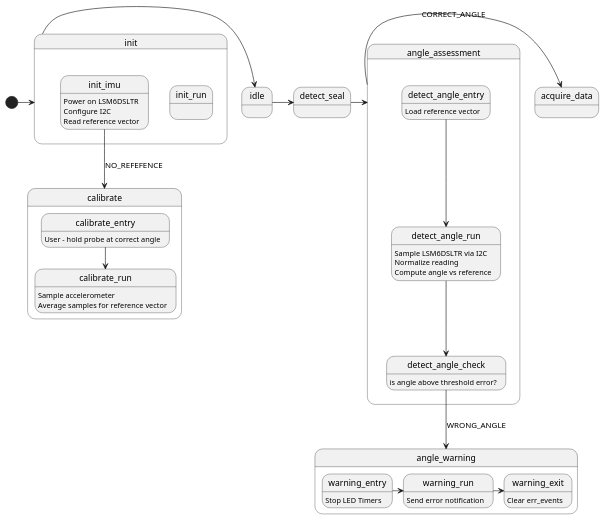
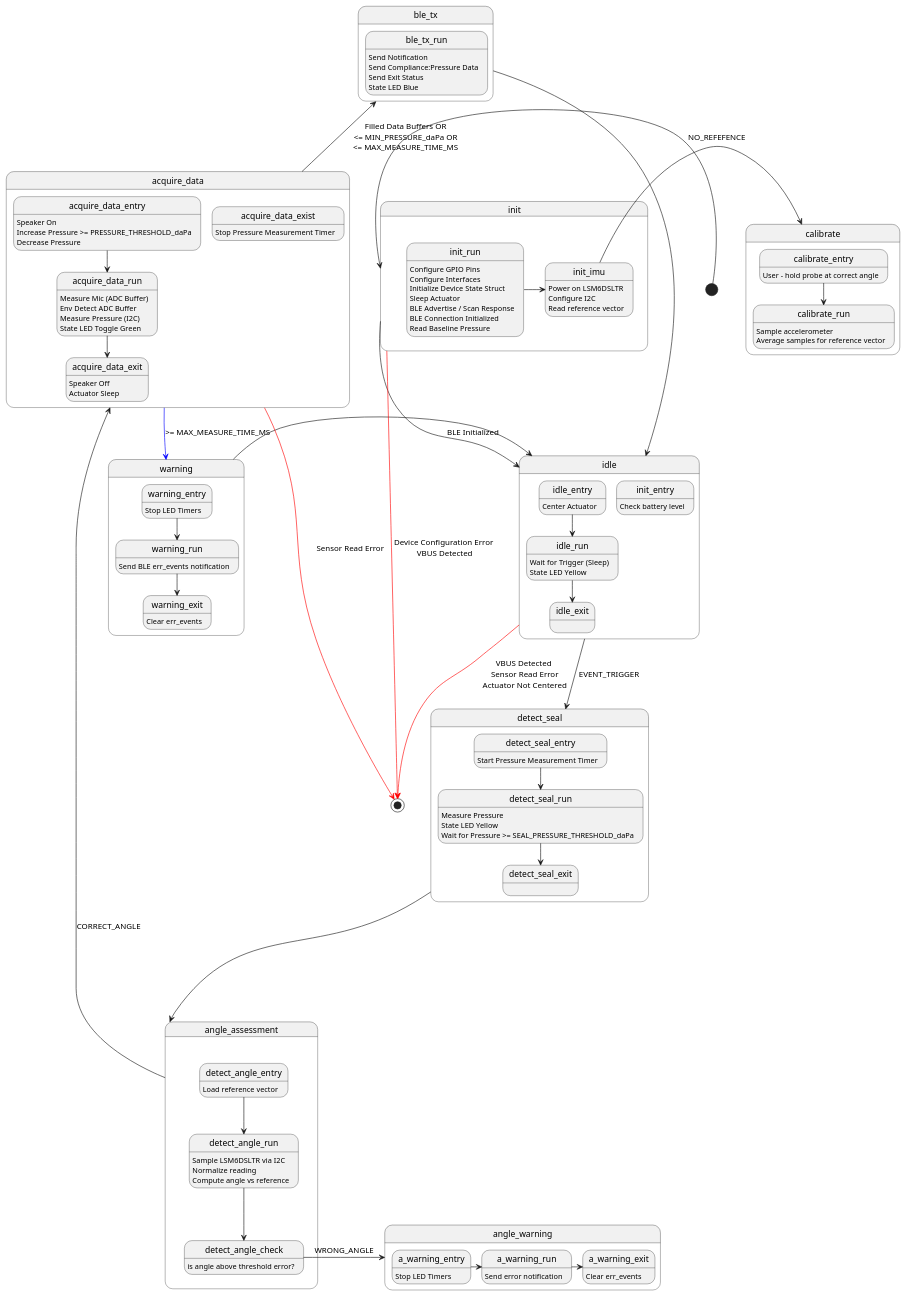
One commit to nikailieva335-sudo/tymp-tip-occlusion changed the diagram in lsm6dsl_diagram.puml. Above: the diagram before and after it, drawn with PlantUML.

Commit message:
Attempted to implement the entire tympUML with new sensor into diagram

```diff
--- a/lsm6dsl_diagram.puml
+++ b/lsm6dsl_diagram.puml
@@ -1,65 +1,124 @@
 @startuml
 
-[*] -> init
+[*] -left-> init
 
 state init {
-    init_run :
+    init_run : Configure GPIO Pins
+    init_run : Configure Interfaces
+    init_run : Initialize Device State Struct
+    init_run : Sleep Actuator
+    init_run : BLE Advertise / Scan Response
+    init_run : BLE Connection Initialized
+    init_run : Read Baseline Pressure
 
+    init_run -> init_imu
     init_imu: Power on LSM6DSLTR
     init_imu: Configure I2C
     init_imu: Read reference vector
 
 
 }
 
 state calibrate {
     calibrate_entry: User - hold probe at correct angle
     calibrate_entry -d-> calibrate_run
     calibrate_run: Sample accelerometer
     calibrate_run: Average samples for reference vector
 }
 
 state idle {
+    idle_entry : Center Actuator
+    init_entry : Check battery level
+    idle_entry -down-> idle_run
+    idle_run : Wait for Trigger (Sleep)
+    idle_run : State LED Yellow
+    idle_run -down-> idle_exit
 
 }
 
 state detect_seal {
+    detect_seal_entry -down-> detect_seal_run
+    detect_seal_entry : Start Pressure Measurement Timer
+    detect_seal_run : Measure Pressure
+    detect_seal_run : State LED Yellow
+    detect_seal_run : Wait for Pressure >= SEAL_PRESSURE_THRESHOLD_daPa
+    detect_seal_run -down-> detect_seal_exit
 
 }
 
 state angle_assessment {
     detect_angle_entry -down-> detect_angle_run
     detect_angle_entry: Load reference vector
     detect_angle_run: Sample LSM6DSLTR via I2C
     detect_angle_run: Normalize reading
     detect_angle_run -down-> detect_angle_check
     detect_angle_run: Compute angle vs reference
     detect_angle_check: is angle above threshold error?
 
 }
 
+state acquire_data {
+    acquire_data_entry -down-> acquire_data_run
+    acquire_data_entry : Speaker On
+    acquire_data_entry : Increase Pressure >= PRESSURE_THRESHOLD_daPa
+    acquire_data_entry : Decrease Pressure
+    acquire_data_run : Measure Mic (ADC Buffer)
+    acquire_data_run: Env Detect ADC Buffer
+    acquire_data_run : Measure Pressure (I2C)
+    acquire_data_run : State LED Toggle Green
+    acquire_data_run -down-> acquire_data_exit
+    acquire_data_exist : Stop Pressure Measurement Timer
+    acquire_data_exit : Speaker Off
+    acquire_data_exit : Actuator Sleep
+
+}
 state angle_warning {
-    warning_entry : Stop LED Timers
-    warning_entry -> warning_run
-    warning_run : Send error notification
-    warning_run -> warning_exit
-    warning_exit : Clear err_events
+    a_warning_entry : Stop LED Timers
+    a_warning_entry -> a_warning_run
+    a_warning_run : Send error notification
+    a_warning_run -> a_warning_exit
+    a_warning_exit : Clear err_events
 }
 
+state ble_tx {
+    ble_tx_run : Send Notification
+    ble_tx_run : Send Compliance:Pressure Data
+    ble_tx_run : Send Exit Status
+    ble_tx_run : State LED Blue
+}
 
-init -> idle
-idle -> detect_seal
-init_imu--> calibrate : NO_REFEFENCE
-detect_angle_check -down-> angle_warning : WRONG_ANGLE
-detect_seal -> angle_assessment
-angle_assessment -> acquire_data : CORRECT_ANGLE
+state warning {
+    warning_entry : Stop LED Timers
+    warning_entry -down-> warning_run
+    warning_run : Send BLE err_events notification
+    warning_run -down-> warning_exit
+    warning_exit : Clear err_events
+
+}
+
+init -down-> idle : BLE Initialized
+
+idle -down-> detect_seal : EVENT_TRIGGER
+init_imu -right-> calibrate : NO_REFEFENCE
+detect_angle_check -right-> angle_warning : WRONG_ANGLE
+detect_seal -down---> angle_assessment
+angle_assessment -left-> acquire_data : CORRECT_ANGLE
+
+warning -right-> idle
+idle -[#red]-> [*] : VBUS Detected\n Sensor Read Error\n Actuator Not Centered
+init -[#red]-> [*]: Device Configuration Error\n VBUS Detected
+acquire_data -[#red]-> [*] : Sensor Read Error
+
+ble_tx -> idle
+acquire_data -up-> ble_tx: Filled Data Buffers OR\n<= MIN_PRESSURE_daPa OR\n<= MAX_MEASURE_TIME_MS
+acquire_data -[#blue]-> warning : >= MAX_MEASURE_TIME_MS
 
 
 
 
 
 
 
 
 
 @enduml
```
